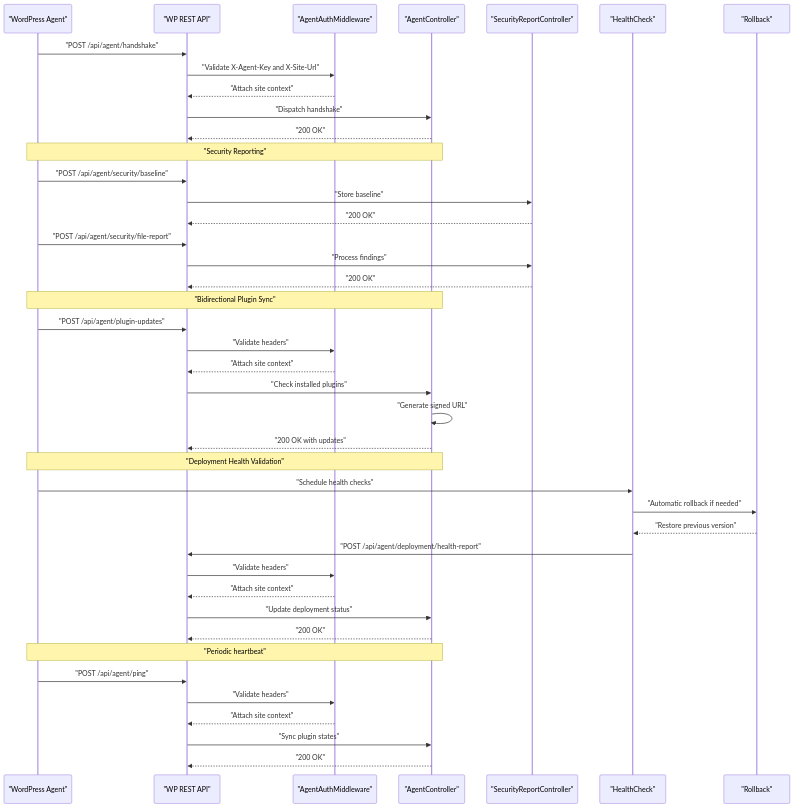
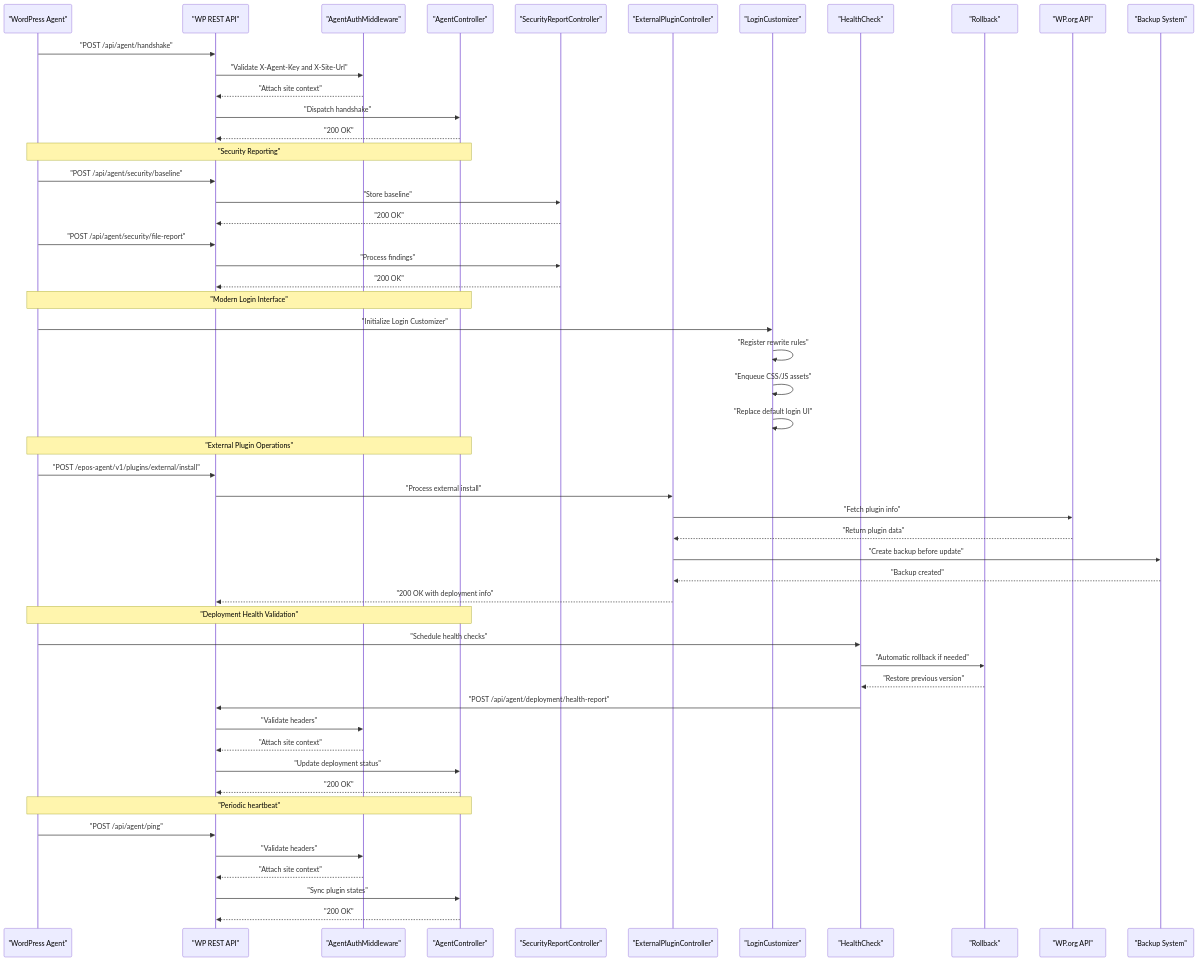
Before and after one commit to FCS-WP/website_portal: the second of 23 diagrams in .qoder/repowiki/en/content/WordPress Agent Integration/WordPress Agent Integration.md, drawn with Mermaid. The commit also changed other lines of this file and 30 other files, not shown here.

````diff
--- a/.qoder/repowiki/en/content/WordPress Agent Integration/WordPress Agent Integration.md
+++ b/.qoder/repowiki/en/content/WordPress Agent Integration/WordPress Agent Integration.md
@@ -180,44 +231,54 @@
 ```mermaid
 sequenceDiagram
 participant WP as "WordPress Agent"
 participant API as "WP REST API"
 participant MW as "AgentAuthMiddleware"
 participant CTRL as "AgentController"
 participant SEC_CTRL as "SecurityReportController"
+participant EXT_CTRL as "ExternalPluginController"
+participant LC as "LoginCustomizer"
 participant HC as "HealthCheck"
 participant RB as "Rollback"
+participant WPORG as "WP.org API"
+participant BACKUP as "Backup System"
 WP->>API : "POST /api/agent/handshake"
 API->>MW : "Validate X-Agent-Key and X-Site-Url"
 MW-->>API : "Attach site context"
 API->>CTRL : "Dispatch handshake"
 CTRL-->>API : "200 OK"
 Note over WP,CTRL : "Security Reporting"
 WP->>API : "POST /api/agent/security/baseline"
 API->>SEC_CTRL : "Store baseline"
 SEC_CTRL-->>API : "200 OK"
 WP->>API : "POST /api/agent/security/file-report"
 API->>SEC_CTRL : "Process findings"
 SEC_CTRL-->>API : "200 OK"
-Note over WP,CTRL : "Bidirectional Plugin Sync"
-WP->>API : "POST /api/agent/plugin-updates"
-API->>MW : "Validate headers"
-MW-->>API : "Attach site context"
-API->>CTRL : "Check installed plugins"
-CTRL->>CTRL : "Generate signed URL"
-CTRL-->>API : "200 OK with updates"
+Note over WP,CTRL : "Modern Login Interface"
+WP->>LC : "Initialize Login Customizer"
+LC->>LC : "Register rewrite rules"
+LC->>LC : "Enqueue CSS/JS assets"
+LC->>LC : "Replace default login UI"
+Note over WP,CTRL : "External Plugin Operations"
+WP->>API : "POST /epos-agent/v1/plugins/external/install"
+API->>EXT_CTRL : "Process external install"
+EXT_CTRL->>WPORG : "Fetch plugin info"
+WPORG-->>EXT_CTRL : "Return plugin data"
+EXT_CTRL->>BACKUP : "Create backup before update"
+BACKUP-->>EXT_CTRL : "Backup created"
+EXT_CTRL-->>API : "200 OK with deployment info"
 Note over WP,CTRL : "Deployment Health Validation"
 WP->>HC : "Schedule health checks"
 HC->>RB : "Automatic rollback if needed"
 RB-->>HC : "Restore previous version"
 HC->>API : "POST /api/agent/deployment/health-report"
 API->>MW : "Validate headers"
 MW-->>API : "Attach site context"
 API->>CTRL : "Update deployment status"
 CTRL-->>API : "200 OK"
 Note over WP,CTRL : "Periodic heartbeat"
 WP->>API : "POST /api/agent/ping"
 API->>MW : "Validate headers"
 MW-->>API : "Attach site context"
 API->>CTRL : "Sync plugin states"
 CTRL-->>API : "200 OK"
 ```
````
